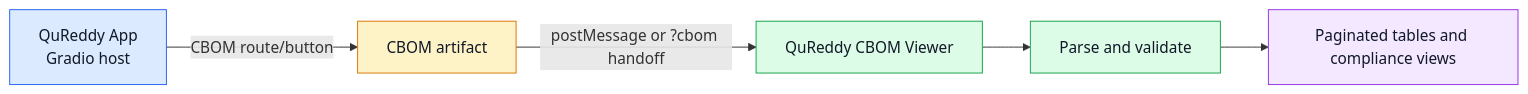
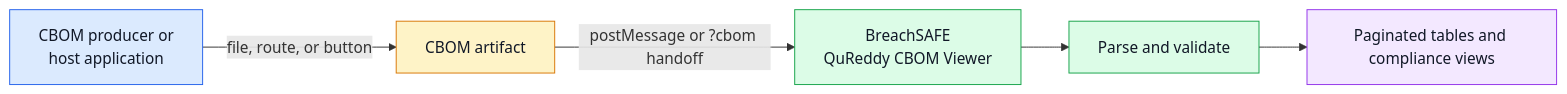
One commit to BreachSAFE/breachsafe-cbom-kit-viewer changed the first of 2 diagrams in README.md. Above: the diagram before and after it, drawn with Mermaid. The commit also changed other lines of this file and 4 other files, not shown here.

Commit message:
docs: present viewer as standalone BreachSAFE product

````diff
--- a/README.md
+++ b/README.md
@@ -44,16 +45,16 @@
 ```mermaid
 flowchart LR
-    A[QuReddy App<br/>Gradio host] -->|CBOM route/button| B[CBOM artifact]
-    B -->|postMessage or ?cbom handoff| C[QuReddy CBOM Viewer]
+    A[CBOM producer or<br/>host application] -->|file, route, or button| B[CBOM artifact]
+    B -->|postMessage or ?cbom handoff| C[BreachSAFE<br/>QuReddy CBOM Viewer]
     C --> D[Parse and validate]
     D --> E[Paginated tables and compliance views]
 
     classDef host fill:#dbeafe,stroke:#2563eb,color:#111827
     classDef artifact fill:#fef3c7,stroke:#d97706,color:#111827
     classDef viewer fill:#dcfce7,stroke:#16a34a,color:#111827
     classDef output fill:#f3e8ff,stroke:#9333ea,color:#111827
     class A host
     class B artifact
     class C,D viewer
     class E output
 ```
````
